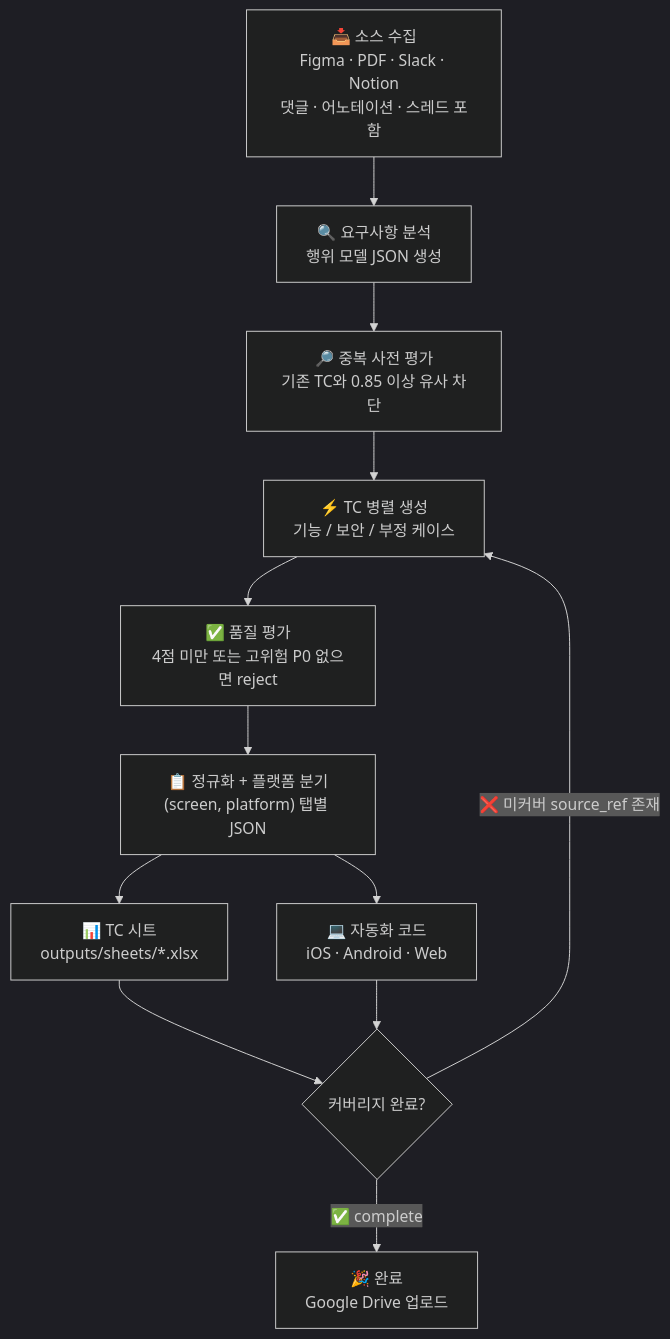
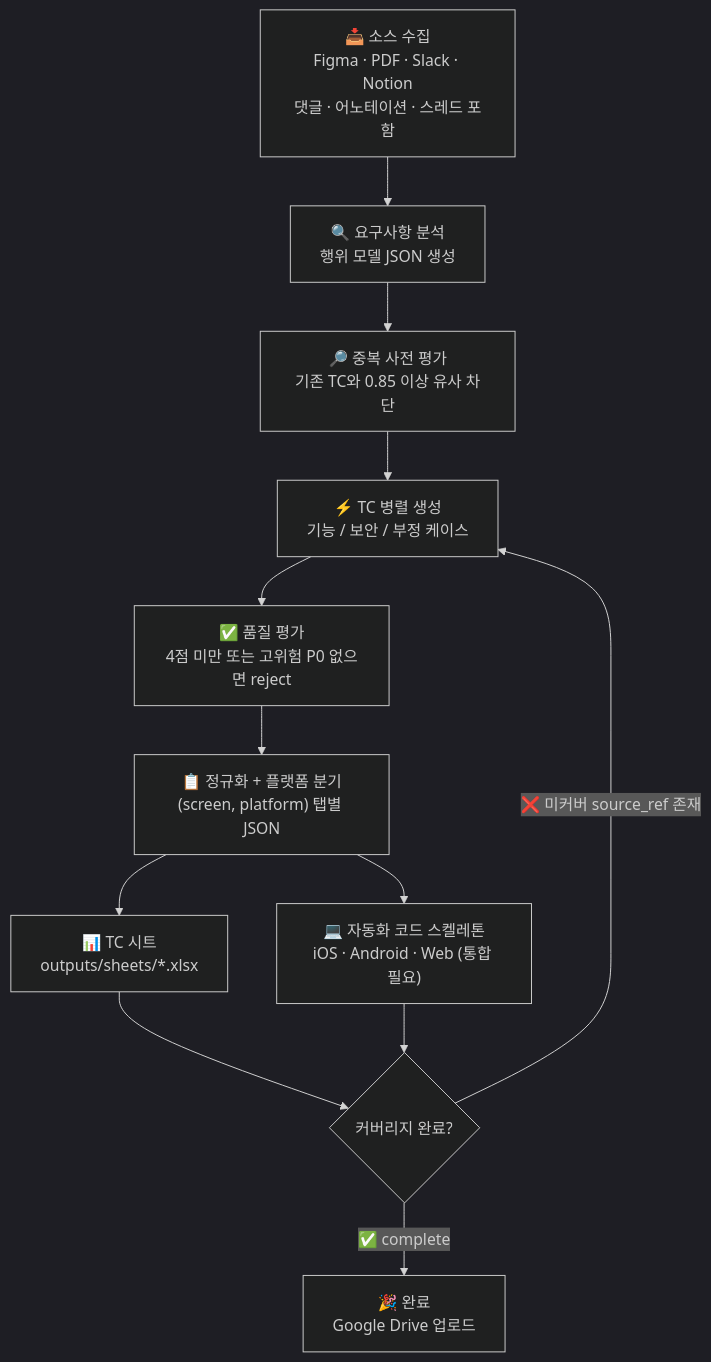
One commit to SmallTyrant/Astartes changed the diagram in README.md. Above: the diagram before and after it, drawn with Mermaid (dark theme). The commit also changed other lines of this file and 10 other files, not shown here.

````diff
--- a/README.md
+++ b/README.md
@@ -98,14 +98,14 @@
 ```mermaid
 flowchart TD
     A["📥 소스 수집\nFigma · PDF · Slack · Notion\n댓글 · 어노테이션 · 스레드 포함"] --> B["🔍 요구사항 분석\n행위 모델 JSON 생성"]
     B --> C["🔎 중복 사전 평가\n기존 TC와 0.85 이상 유사 차단"]
     C --> D["⚡ TC 병렬 생성\n기능 / 보안 / 부정 케이스"]
     D --> E["✅ 품질 평가\n4점 미만 또는 고위험 P0 없으면 reject"]
     E --> F["📋 정규화 + 플랫폼 분기\n(screen, platform) 탭별 JSON"]
     F --> G["📊 TC 시트\noutputs/sheets/*.xlsx"]
-    F --> H["💻 자동화 코드\niOS · Android · Web"]
+    F --> H["💻 자동화 코드 스켈레톤\niOS · Android · Web (통합 필요)"]
     G --> I{"커버리지 완료?"}
     H --> I
     I -- "❌ 미커버 source_ref 존재" --> D
     I -- "✅ complete" --> J["🎉 완료\nGoogle Drive 업로드"]
 ```
````
